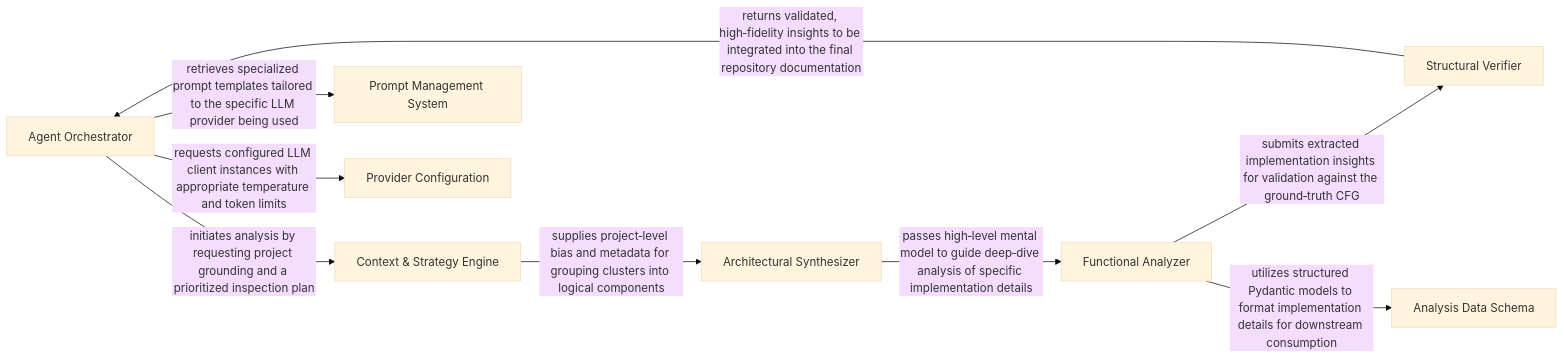
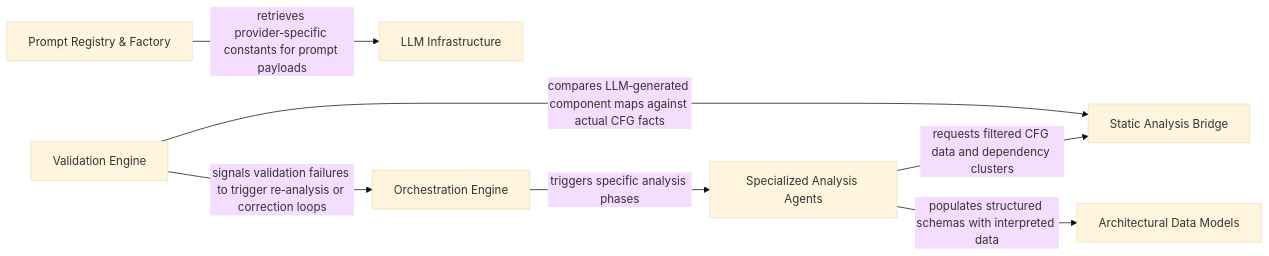
Before and after one commit to CodeBoarding/CodeBoarding: the diagram in .codeboarding/LLM_Agent_Core.md, drawn with Mermaid (base theme). The commit also changed other lines of this file and 10 other files, not shown here.

````diff
--- a/.codeboarding/LLM_Agent_Core.md
+++ b/.codeboarding/LLM_Agent_Core.md
@@ -1,19 +1,16 @@
 ```mermaid
 graph LR
-    Agent_Orchestrator["Agent Orchestrator"]
-    Context_Strategy_Engine["Context & Strategy Engine"]
-    Architectural_Synthesizer["Architectural Synthesizer"]
-    Functional_Analyzer["Functional Analyzer"]
-    Structural_Verifier["Structural Verifier"]
-    Prompt_Management_System["Prompt Management System"]
-    Provider_Configuration["Provider Configuration"]
-    Analysis_Data_Schema["Analysis Data Schema"]
-    Agent_Orchestrator -- "initiates analysis by requesting project grounding and a prioritized inspection plan" --> Context_Strategy_Engine
-    Context_Strategy_Engine -- "supplies project‑level bias and metadata for grouping clusters into logical components" --> Architectural_Synthesizer
-    Architectural_Synthesizer -- "passes high‑level mental model to guide deep‑dive analysis of specific implementation details" --> Functional_Analyzer
-    Functional_Analyzer -- "submits extracted implementation insights for validation against the ground‑truth CFG" --> Structural_Verifier
-    Structural_Verifier -- "returns validated, high‑fidelity insights to be integrated into the final repository documentation" --> Agent_Orchestrator
-    Agent_Orchestrator -- "retrieves specialized prompt templates tailored to the specific LLM provider being used" --> Prompt_Management_System
-    Agent_Orchestrator -- "requests configured LLM client instances with appropriate temperature and token limits" --> Provider_Configuration
-    Functional_Analyzer -- "utilizes structured Pydantic models to format implementation details for downstream consumption" --> Analysis_Data_Schema
+    Orchestration_Engine["Orchestration Engine"]
+    Prompt_Registry_Factory["Prompt Registry & Factory"]
+    Specialized_Analysis_Agents["Specialized Analysis Agents"]
+    Validation_Engine["Validation Engine"]
+    Architectural_Data_Models["Architectural Data Models"]
+    Static_Analysis_Bridge["Static Analysis Bridge"]
+    LLM_Infrastructure["LLM Infrastructure"]
+    Orchestration_Engine -- "triggers specific analysis phases" --> Specialized_Analysis_Agents
+    Specialized_Analysis_Agents -- "requests filtered CFG data and dependency clusters" --> Static_Analysis_Bridge
+    Validation_Engine -- "compares LLM‑generated component maps against actual CFG facts" --> Static_Analysis_Bridge
+    Validation_Engine -- "signals validation failures to trigger re‑analysis or correction loops" --> Orchestration_Engine
+    Prompt_Registry_Factory -- "retrieves provider‑specific constants for prompt payloads" --> LLM_Infrastructure
+    Specialized_Analysis_Agents -- "populates structured schemas with interpreted data" --> Architectural_Data_Models
 ```
````
